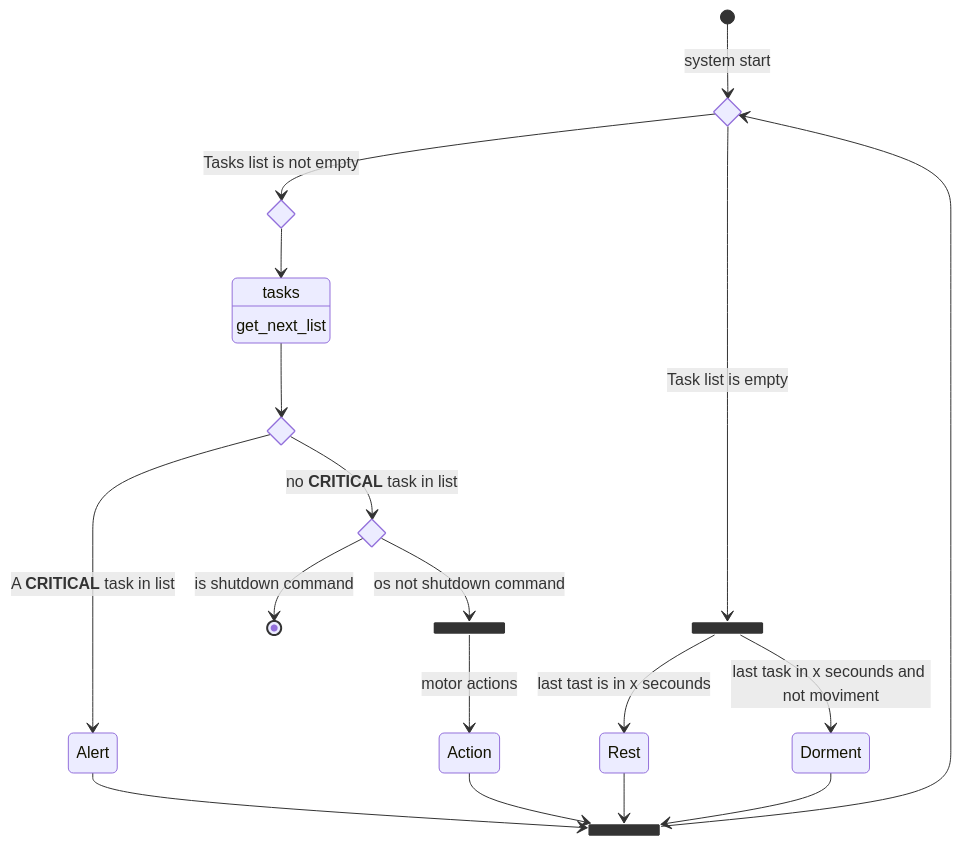
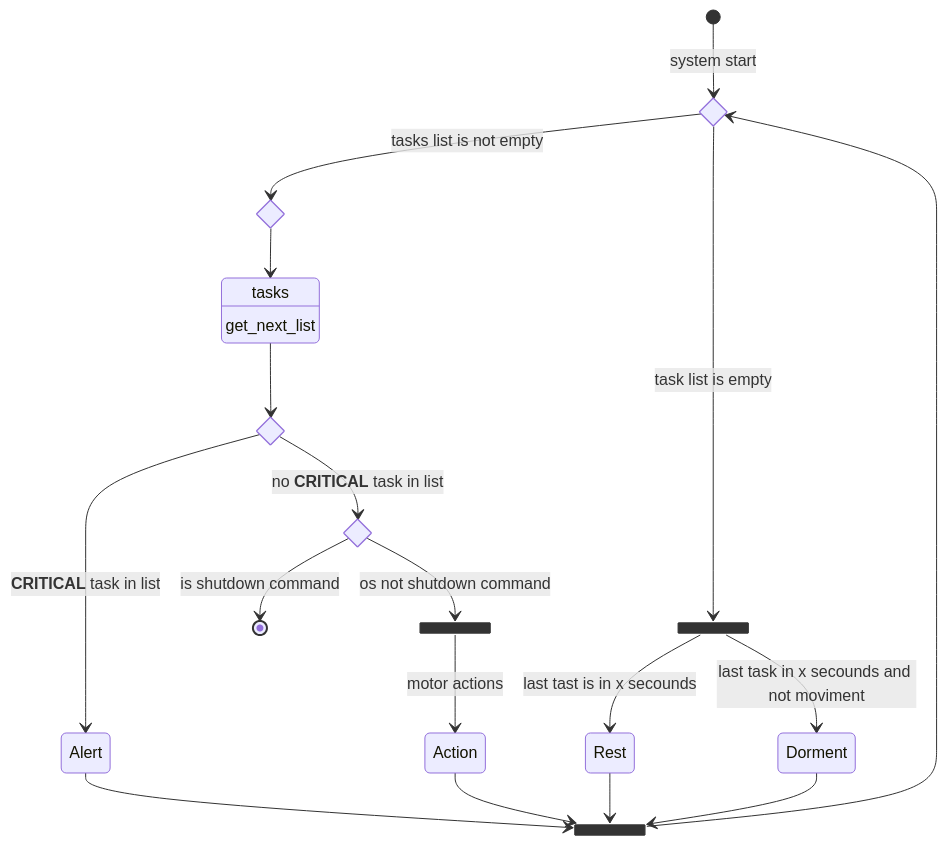
The diagram in mkdocs/docs/programming/brain/behavior.md (glaucomunsberg/robot-ia), drawn with Mermaid before and after one commit. The commit also changed 4 other files, not shown here.

````diff
--- a/mkdocs/docs/programming/brain/behavior.md
+++ b/mkdocs/docs/programming/brain/behavior.md
@@ -4,33 +4,33 @@
 ```mermaid
 stateDiagram
   direction TB
   state RestChoise <<choice>>
   state s1 <<join>>
   state s5 <<choice>>
   state s9 <<choice>>
   state s11 <<choice>>
   state s15 <<join>>
   state s16 <<join>>
   Alert --> s1
   s1 --> RestChoise
   [*] --> RestChoise:system start
   s2 --> s1
   s3 --> s1
-  RestChoise --> s5:Tasks list is not empty
+  RestChoise --> s5:tasks list is not empty
   s5 --> s6
-  s9 --> Alert:A <b>CRITICAL</b> task in list
+  s9 --> Alert:<b>CRITICAL</b> task in list
   s6 --> s9
   s11 --> [*]:is shutdown command
   s9 --> s11:no <b>CRITICAL</b> task in list
   s11 --> s15:os not shutdown command
   s15 --> s3:motor actions
   s16 --> s2:last tast is in x secounds
-  RestChoise --> s16:Task list is empty
+  RestChoise --> s16:task list is empty
   s16 --> s7:last task in x secounds and not moviment
   s7 --> s1
   s2:Rest
   s3:Action
   s6:tasks
   s6:get_next_list
   s7:Dorment
 ```
````
